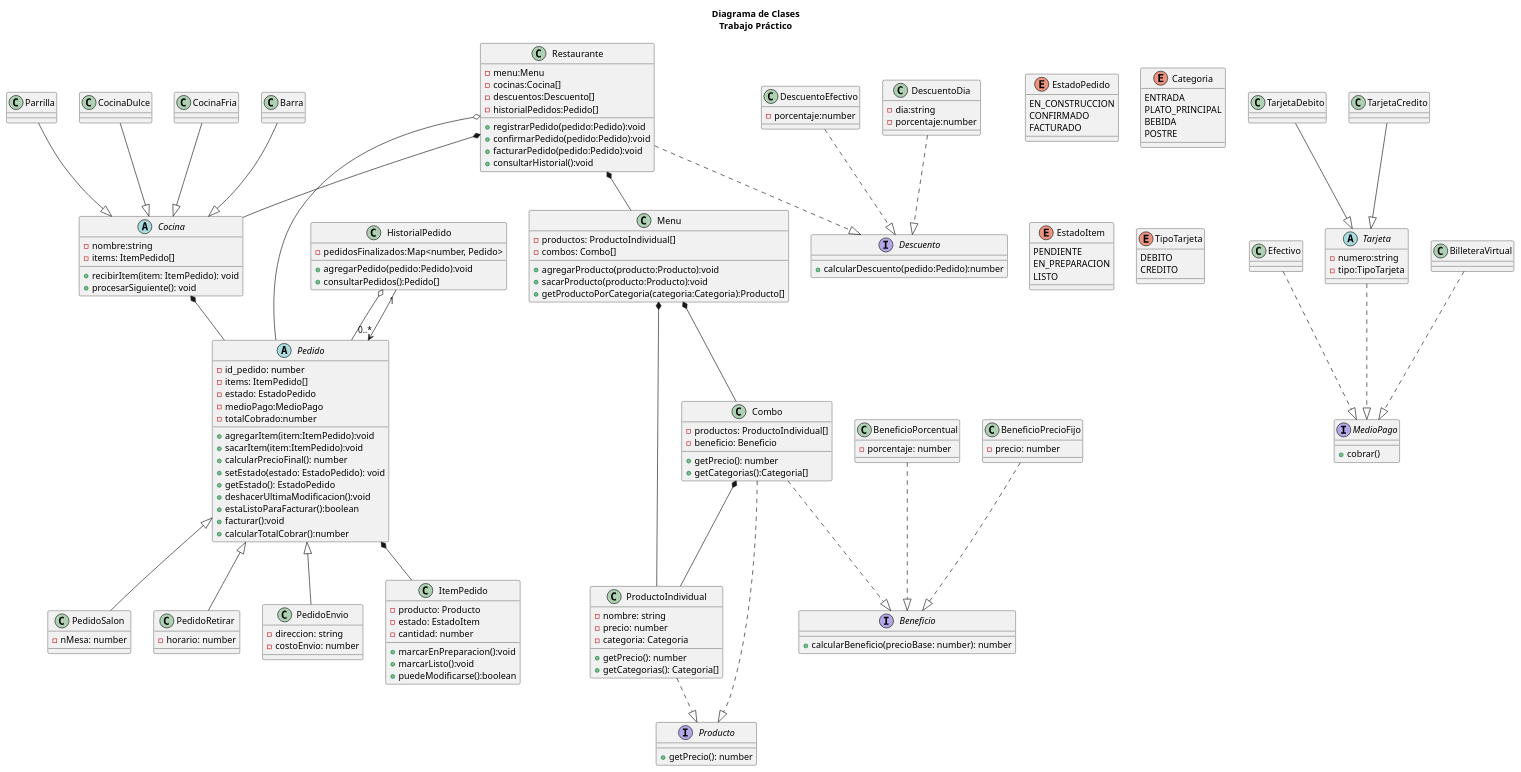
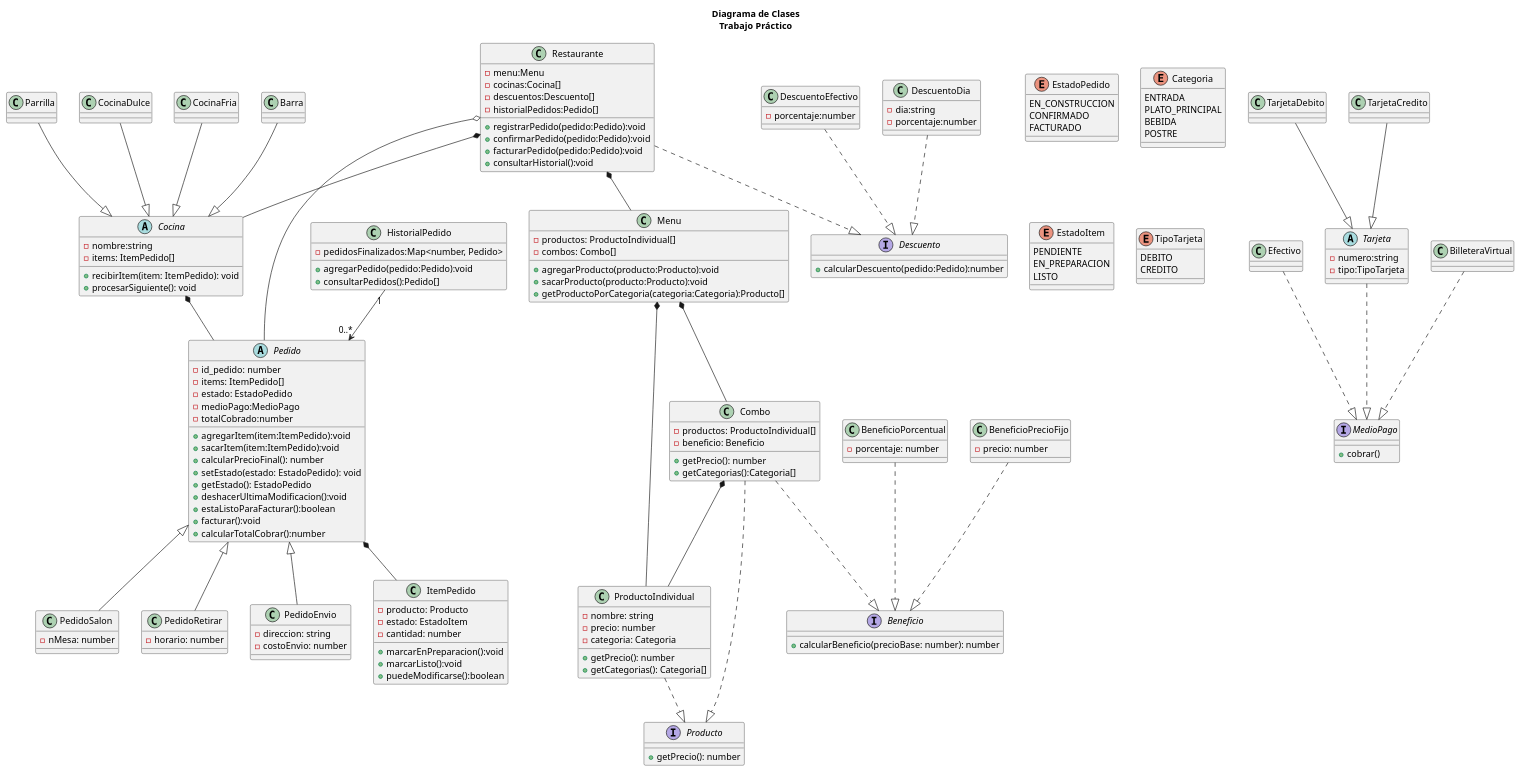
One commit to crstian8819/tp-grupo-11 changed the diagram in diagrama/diagrama.puml. Above: the diagram before and after it, drawn with PlantUML.

Commit message:
Cambio de relacion en clase HistorialPedido

```diff
--- a/diagrama/diagrama.puml
+++ b/diagrama/diagrama.puml
@@ -217,7 +217,7 @@
         +agregarPedido(pedido:Pedido):void
         +consultarPedidos():Pedido[]
     }
-    HistorialPedido o-- Pedido
+    'HistorialPedido o-- Pedido
     HistorialPedido "1" --> "0..*" Pedido
     'Un pedido contiene exactamente Un registro en historial de Pedidos
     'HistorialPedido puede contener 0 o muchos pedidos.
```
